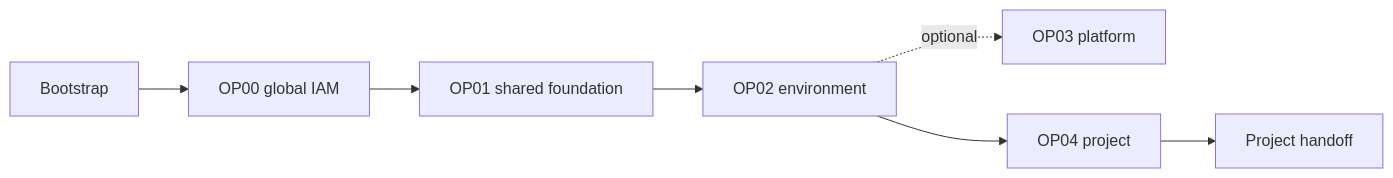
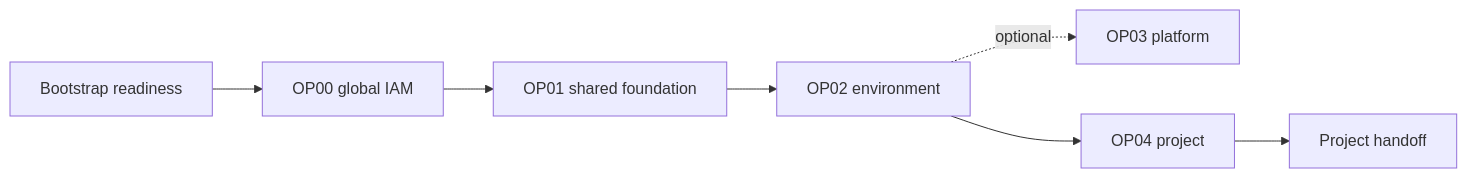
Before and after one commit to oracle-devrel/technology-engineering: the diagram in oci-and-db/foundation/operations-advisory/multi-cloud-operating-models/oci-landing-zone/components/oci-landing-zone/docs/architecture.md, drawn with Mermaid. The commit also changed other lines of this file and 65 other files, not shown here.

````diff
--- a/oci-and-db/foundation/operations-advisory/multi-cloud-operating-models/oci-landing-zone/components/oci-landing-zone/docs/architecture.md
+++ b/oci-and-db/foundation/operations-advisory/multi-cloud-operating-models/oci-landing-zone/components/oci-landing-zone/docs/architecture.md
@@ -6,9 +6,9 @@
 ```mermaid
 flowchart LR
-  B[Bootstrap] --> O0[OP00 global IAM]
+  B[Bootstrap readiness] --> O0[OP00 global IAM]
   O0 --> O1[OP01 shared foundation]
   O1 --> O2[OP02 environment]
   O2 -. optional .-> O3[OP03 platform]
   O2 --> O4[OP04 project]
   O4 --> H[Project handoff]
 ```
````
